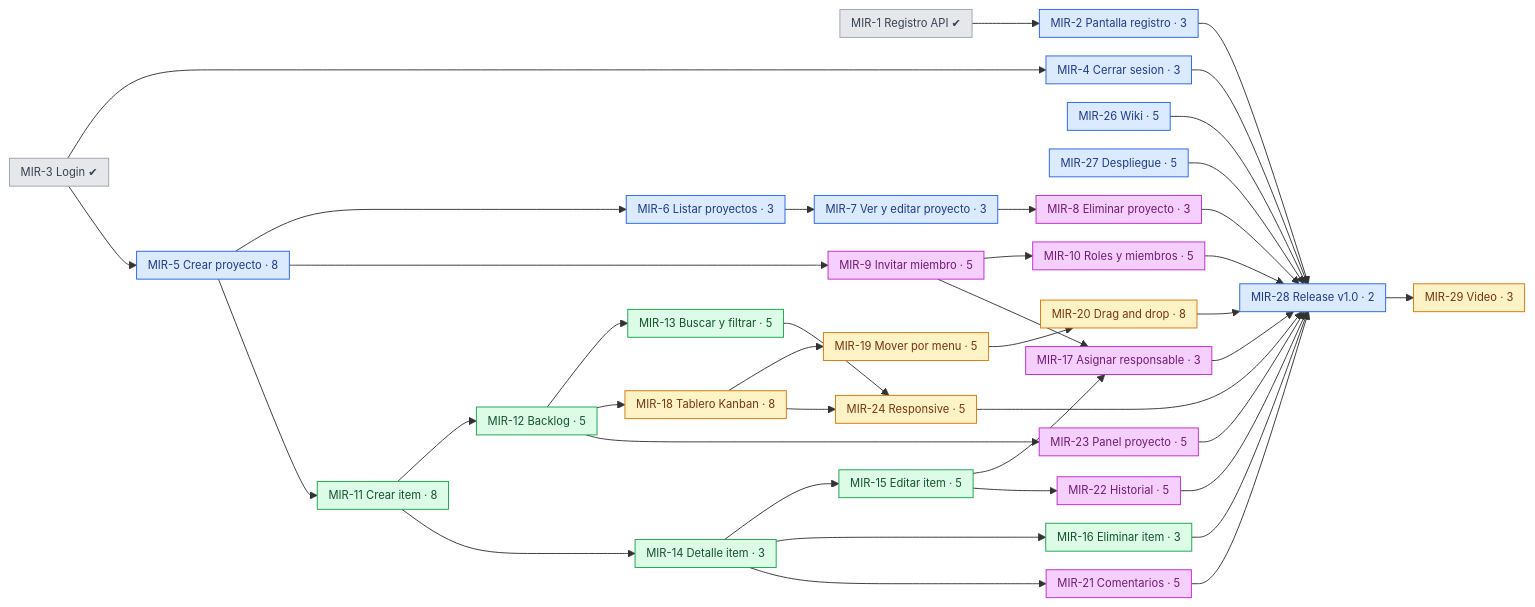
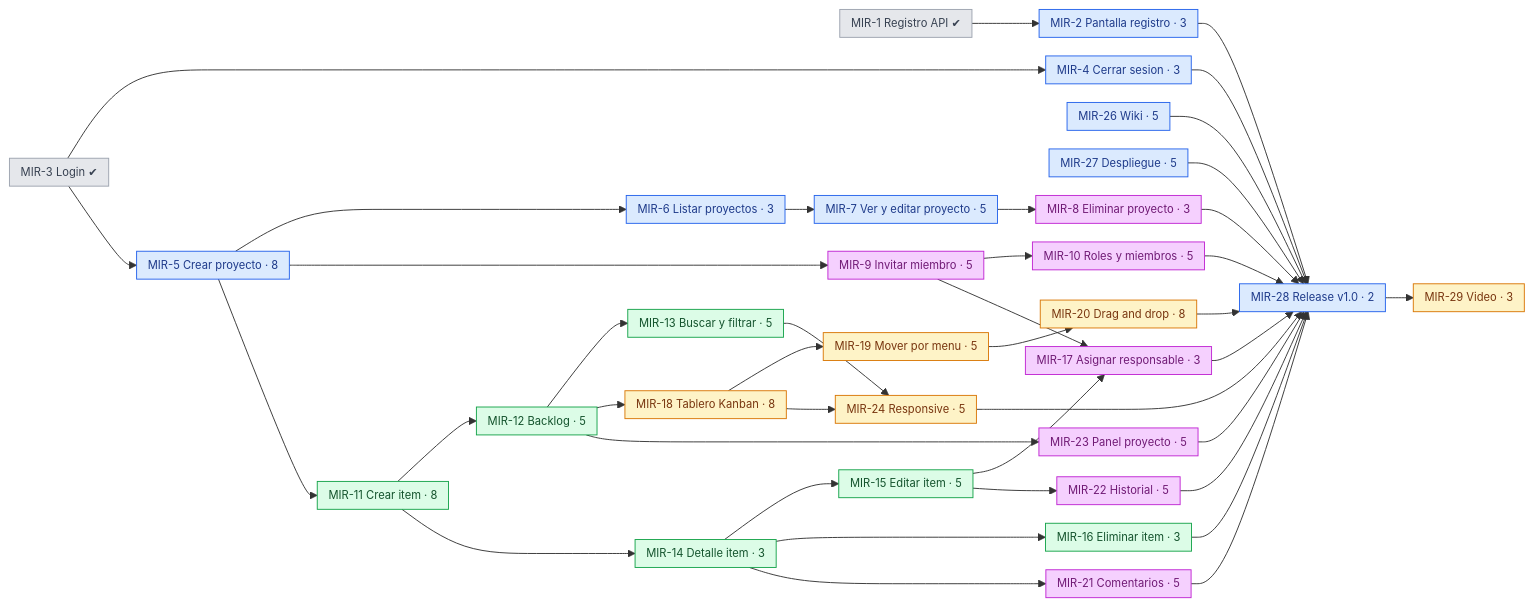
Before and after one commit to MiraPdS/mira: the diagram in docs/plan-trabajo.md, drawn with Mermaid. The commit also changed other lines of this file and 13 other files, not shown here.

First line of the commit message:
feat(web): MIR-7 pantalla configuracion del proyecto

```diff
--- a/docs/plan-trabajo.md
+++ b/docs/plan-trabajo.md
@@ -102,7 +102,7 @@
   M4["MIR-4 Cerrar sesion · 3"]:::benja
   M5["MIR-5 Crear proyecto · 8"]:::benja
   M6["MIR-6 Listar proyectos · 3"]:::benja
-  M7["MIR-7 Ver y editar proyecto · 3"]:::benja
+  M7["MIR-7 Ver y editar proyecto · 5"]:::benja
   M26["MIR-26 Wiki · 5"]:::benja
   M27["MIR-27 Despliegue · 5"]:::benja
   M28["MIR-28 Release v1.0 · 2"]:::benja
```
